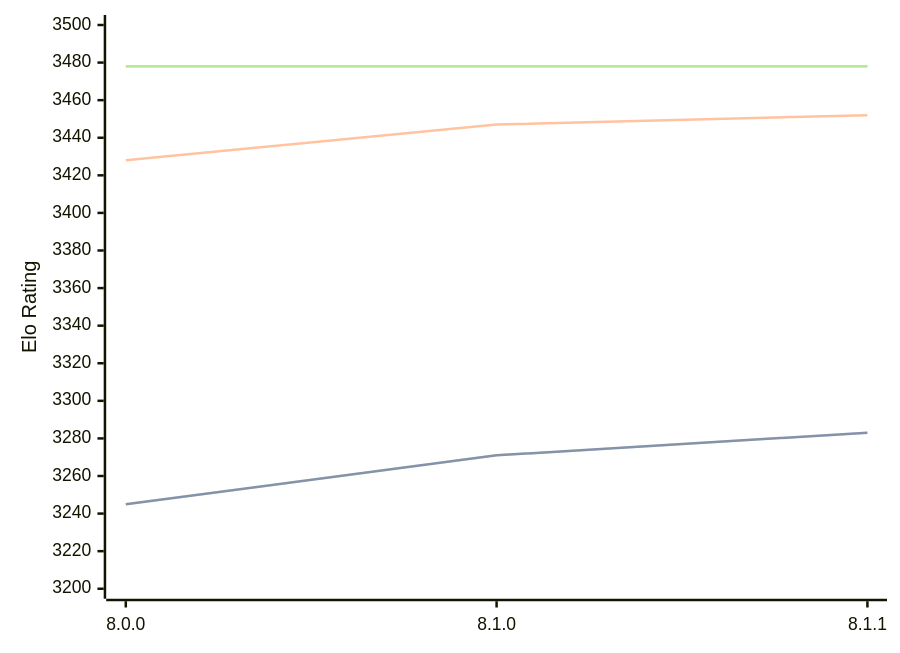
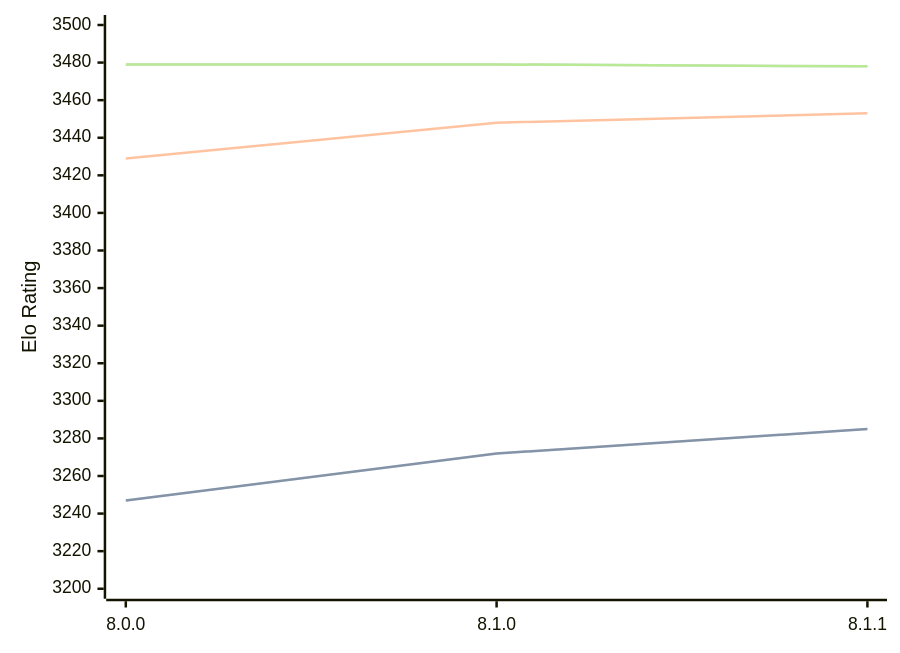
The diagram in engines/Velvet.md (computer-chess-index/cci), drawn with Mermaid before and after one commit. The commit also changed other lines of this file, not shown here.

Commit message:
Update CCI Ratings (ELO VLTC) - 2026-09-16

````diff
--- a/engines/Velvet.md
+++ b/engines/Velvet.md
@@ -33,11 +33,11 @@
 ```mermaid
 %%{init: {"theme":"base","themeVariables":{"seriesColors:['#a3a3a3','#222221','#faa371']}}}%%
 xychart-beta
   x-axis ["8.0.0", "8.1.0", "8.1.1"]
   y-axis "Elo Rating" 3200 --> 3500
-  line "" [3245, 3271, 3283]
-  line "STC (8.0+0.08s)" [3245, 3271, 3283]
-  line "LTC (60.0+0.60s)" [3428, 3447, 3452]
-  line "" [3478, 3478, 3478]
-  line "VLTC (2m24s+1.12s)" [3478, 3478, 3478]
+  line "" [3247, 3272, 3285]
+  line "STC (8.0+0.08s)" [3247, 3272, 3285]
+  line "LTC (60.0+0.60s)" [3429, 3448, 3453]
+  line "" [3479, 3479, 3478]
+  line "VLTC (2m24s+1.12s)" [3479, 3479, 3478]
 ```
````
